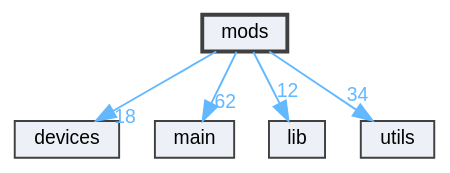
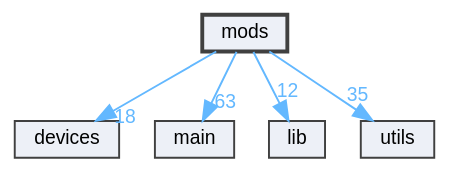
The diagram in api/dir_e32e21dff86b2f4c3e9cf44f437b74cb_dep.dot (the-moisrex/foresight), drawn with Graphviz before and after one commit. The commit also changed 396 other files, not shown here.

```diff
--- a/api/dir_e32e21dff86b2f4c3e9cf44f437b74cb_dep.dot
+++ b/api/dir_e32e21dff86b2f4c3e9cf44f437b74cb_dep.dot
@@ -1,17 +1,17 @@
 digraph "mods"
 {
  // LATEX_PDF_SIZE
   bgcolor="transparent";
   edge [fontname=Helvetica,fontsize=10,labelfontname=Helvetica,labelfontsize=10];
   node [fontname=Helvetica,fontsize=10,shape=box,height=0.2,width=0.4];
   compound=true
   dir_e32e21dff86b2f4c3e9cf44f437b74cb [label="mods", fillcolor="#edf0f7", color="grey25", style="filled,bold", URL="dir_e32e21dff86b2f4c3e9cf44f437b74cb.html",tooltip=""];
   dir_07b86ffc266b39efa5bbdc0e9fdb330a [label="devices", fillcolor="#edf0f7", color="grey25", style="filled", URL="dir_07b86ffc266b39efa5bbdc0e9fdb330a.html",tooltip=""];
   dir_5c982d53a68cdbcd421152b4020263a9 [label="main", fillcolor="#edf0f7", color="grey25", style="filled", URL="dir_5c982d53a68cdbcd421152b4020263a9.html",tooltip=""];
   dir_97aefd0d527b934f1d99a682da8fe6a9 [label="lib", fillcolor="#edf0f7", color="grey25", style="filled", URL="dir_97aefd0d527b934f1d99a682da8fe6a9.html",tooltip=""];
   dir_cbdb8362360e11eafe2fa3bc74cf0ffd [label="utils", fillcolor="#edf0f7", color="grey25", style="filled", URL="dir_cbdb8362360e11eafe2fa3bc74cf0ffd.html",tooltip=""];
   dir_e32e21dff86b2f4c3e9cf44f437b74cb->dir_07b86ffc266b39efa5bbdc0e9fdb330a [headlabel="18", labeldistance=1.5 headhref="dir_000004_000001.html" href="dir_000004_000001.html" color="steelblue1" fontcolor="steelblue1"];
-  dir_e32e21dff86b2f4c3e9cf44f437b74cb->dir_5c982d53a68cdbcd421152b4020263a9 [headlabel="62", labeldistance=1.5 headhref="dir_000004_000003.html" href="dir_000004_000003.html" color="steelblue1" fontcolor="steelblue1"];
+  dir_e32e21dff86b2f4c3e9cf44f437b74cb->dir_5c982d53a68cdbcd421152b4020263a9 [headlabel="63", labeldistance=1.5 headhref="dir_000004_000003.html" href="dir_000004_000003.html" color="steelblue1" fontcolor="steelblue1"];
   dir_e32e21dff86b2f4c3e9cf44f437b74cb->dir_97aefd0d527b934f1d99a682da8fe6a9 [headlabel="12", labeldistance=1.5 headhref="dir_000004_000002.html" href="dir_000004_000002.html" color="steelblue1" fontcolor="steelblue1"];
-  dir_e32e21dff86b2f4c3e9cf44f437b74cb->dir_cbdb8362360e11eafe2fa3bc74cf0ffd [headlabel="34", labeldistance=1.5 headhref="dir_000004_000005.html" href="dir_000004_000005.html" color="steelblue1" fontcolor="steelblue1"];
+  dir_e32e21dff86b2f4c3e9cf44f437b74cb->dir_cbdb8362360e11eafe2fa3bc74cf0ffd [headlabel="35", labeldistance=1.5 headhref="dir_000004_000005.html" href="dir_000004_000005.html" color="steelblue1" fontcolor="steelblue1"];
 }
```
